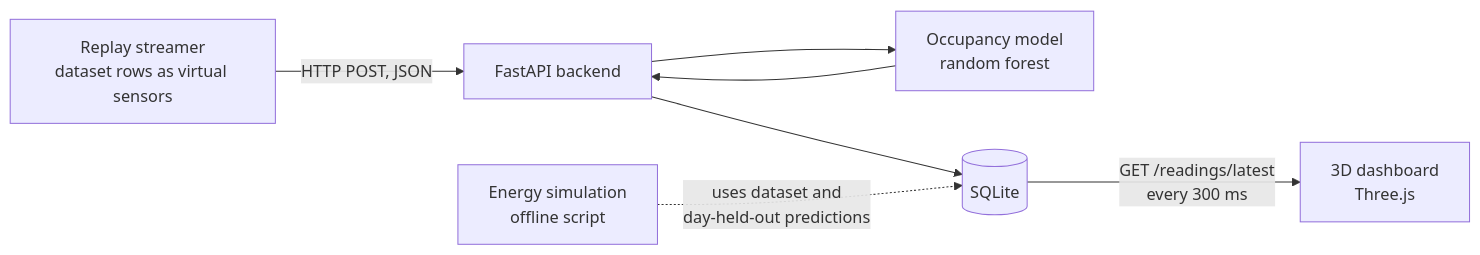
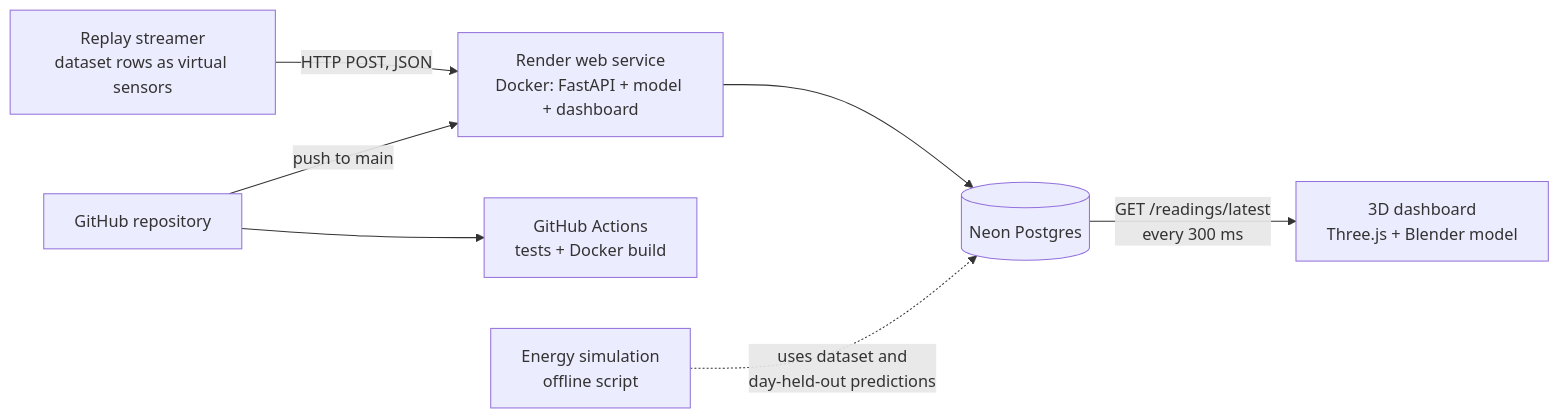
Before and after one commit to richa-gupta16/smart-classroom-digital-twin-PT107: the diagram in README.md, drawn with Mermaid. The commit also changed other lines of this file and 2 other files, not shown here.

Commit message:
Update README.md and test_results.md with new information about the project. Update the dashboard index.html to reflect the latest changes in the project.

````diff
--- a/README.md
+++ b/README.md
@@ -35,9 +35,9 @@
 ```mermaid
 flowchart LR
-    A[Replay streamer<br/>dataset rows as virtual sensors] -->|HTTP POST, JSON| B[FastAPI backend]
-    B --> C[Occupancy model<br/>random forest]
-    C --> B
-    B --> D[(SQLite)]
-    D -->|GET /readings/latest<br/>every 300 ms| E[3D dashboard<br/>Three.js]
-    F[Energy simulation<br/>offline script] -.->|uses dataset and<br/>day-held-out predictions| D
+    A[Replay streamer<br/>dataset rows as virtual sensors] -->|HTTP POST, JSON| B[Render web service<br/>Docker: FastAPI + model + dashboard]
+    B --> C[(Neon Postgres)]
+    C -->|GET /readings/latest<br/>every 300 ms| D[3D dashboard<br/>Three.js + Blender model]
+    E[GitHub repository] -->|push to main| B
+    E --> F[GitHub Actions<br/>tests + Docker build]
+    G[Energy simulation<br/>offline script] -.->|uses dataset and<br/>day-held-out predictions| C
 ```
````
